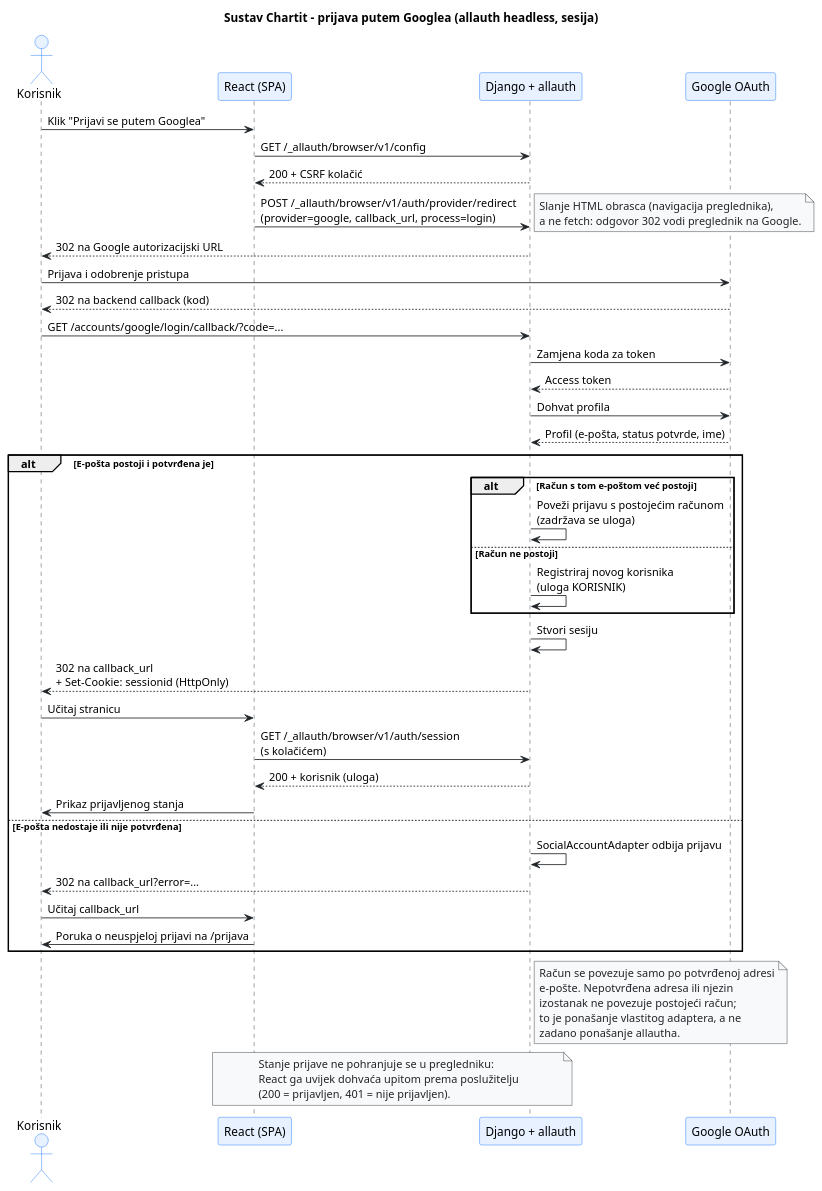
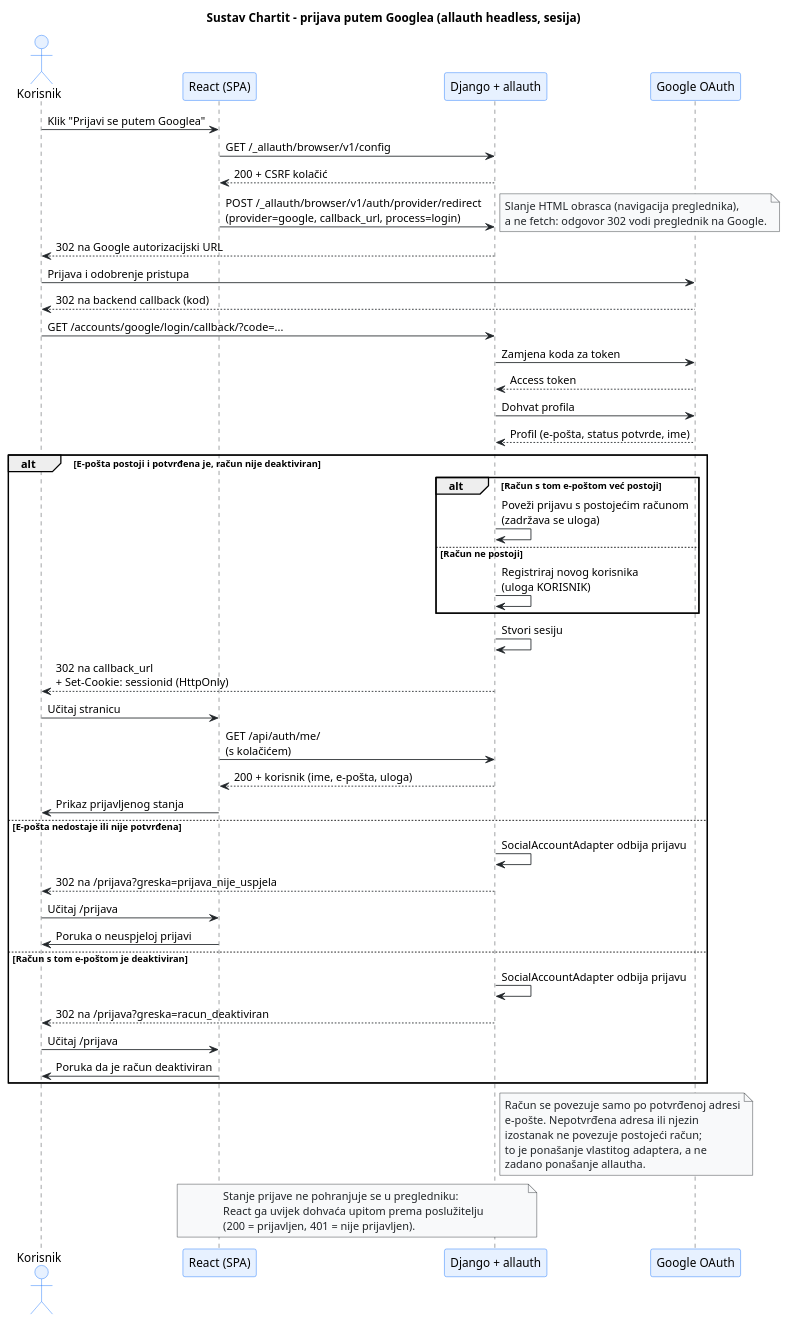
Before and after one commit to tmpteamname1/ChartIt: the diagram in docs/puml/4-6-chartit-oauth-SD.puml, drawn with PlantUML. The commit also changed 7 other files, not shown here.

```diff
--- a/docs/puml/4-6-chartit-oauth-SD.puml
+++ b/docs/puml/4-6-chartit-oauth-SD.puml
@@ -21,91 +21,96 @@
 @startuml
 title Sustav Chartit - prijava putem Googlea (allauth headless, sesija)
 
 skinparam shadowing false
 skinparam defaultFontName Arial
 skinparam ArrowColor #212529
 
 skinparam sequence {
     ParticipantBackgroundColor #E7F1FF
     ParticipantBorderColor #0D6EFD
     ActorBackgroundColor #E7F1FF
     ActorBorderColor #0D6EFD
     LifeLineBorderColor #212529
 }
 
 skinparam note {
     BackgroundColor #F8F9FA
     BorderColor #212529
     FontColor #212529
 }
 
 actor Korisnik
 participant "React (SPA)" as FE
 participant "Django + allauth" as BE
 participant "Google OAuth" as G
 
 ' ==============================================================================
 ' Pokretanje prijave
 ' ==============================================================================
 Korisnik -> FE : Klik "Prijavi se putem Googlea"
 FE -> BE : GET /_allauth/browser/v1/config
 BE --> FE : 200 + CSRF kolačić
 FE -> BE : POST /_allauth/browser/v1/auth/provider/redirect\n(provider=google, callback_url, process=login)
 note right
   Slanje HTML obrasca (navigacija preglednika),
   a ne fetch: odgovor 302 vodi preglednik na Google.
 end note
 BE --> Korisnik : 302 na Google autorizacijski URL
 
 ' ==============================================================================
 ' OAuth tok s pružateljem
 ' ==============================================================================
 Korisnik -> G : Prijava i odobrenje pristupa
 G --> Korisnik : 302 na backend callback (kod)
 Korisnik -> BE : GET /accounts/google/login/callback/?code=...
 BE -> G : Zamjena koda za token
 G --> BE : Access token
 BE -> G : Dohvat profila
 G --> BE : Profil (e-pošta, status potvrde, ime)
 
 ' ==============================================================================
 ' Povezivanje računa po potvrđenoj e-pošti (F-18, AS-08)
 ' ==============================================================================
-alt E-pošta postoji i potvrđena je
+alt E-pošta postoji i potvrđena je, račun nije deaktiviran
   alt Račun s tom e-poštom već postoji
     BE -> BE : Poveži prijavu s postojećim računom\n(zadržava se uloga)
   else Račun ne postoji
     BE -> BE : Registriraj novog korisnika\n(uloga KORISNIK)
   end
   BE -> BE : Stvori sesiju
   BE --> Korisnik : 302 na callback_url\n+ Set-Cookie: sessionid (HttpOnly)
   Korisnik -> FE : Učitaj stranicu
-  FE -> BE : GET /_allauth/browser/v1/auth/session\n(s kolačićem)
-  BE --> FE : 200 + korisnik (uloga)
+  FE -> BE : GET /api/auth/me/\n(s kolačićem)
+  BE --> FE : 200 + korisnik (ime, e-pošta, uloga)
   FE -> Korisnik : Prikaz prijavljenog stanja
 else E-pošta nedostaje ili nije potvrđena
   BE -> BE : SocialAccountAdapter odbija prijavu
-  BE --> Korisnik : 302 na callback_url?error=...
-  Korisnik -> FE : Učitaj callback_url
-  FE -> Korisnik : Poruka o neuspjeloj prijavi na /prijava
+  BE --> Korisnik : 302 na /prijava?greska=prijava_nije_uspjela
+  Korisnik -> FE : Učitaj /prijava
+  FE -> Korisnik : Poruka o neuspjeloj prijavi
+else Račun s tom e-poštom je deaktiviran
+  BE -> BE : SocialAccountAdapter odbija prijavu
+  BE --> Korisnik : 302 na /prijava?greska=racun_deaktiviran
+  Korisnik -> FE : Učitaj /prijava
+  FE -> Korisnik : Poruka da je račun deaktiviran
 end
 
 ' ==============================================================================
 ' Ograničenja
 ' ==============================================================================
 
 note right of BE
   Račun se povezuje samo po potvrđenoj adresi
   e-pošte. Nepotvrđena adresa ili njezin
   izostanak ne povezuje postojeći račun;
   to je ponašanje vlastitog adaptera, a ne
   zadano ponašanje allautha.
 end note
 
 note over FE, BE
   Stanje prijave ne pohranjuje se u pregledniku:
   React ga uvijek dohvaća upitom prema poslužitelju
   (200 = prijavljen, 401 = nije prijavljen).
 end note
 
 @enduml
```
